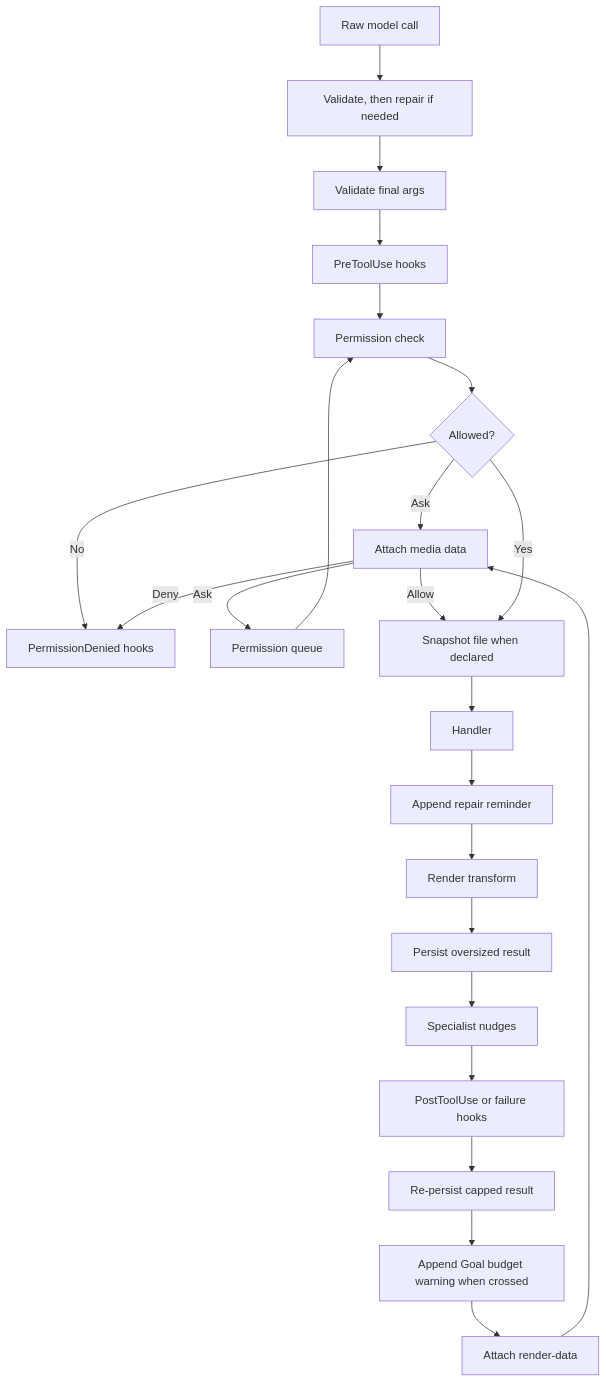
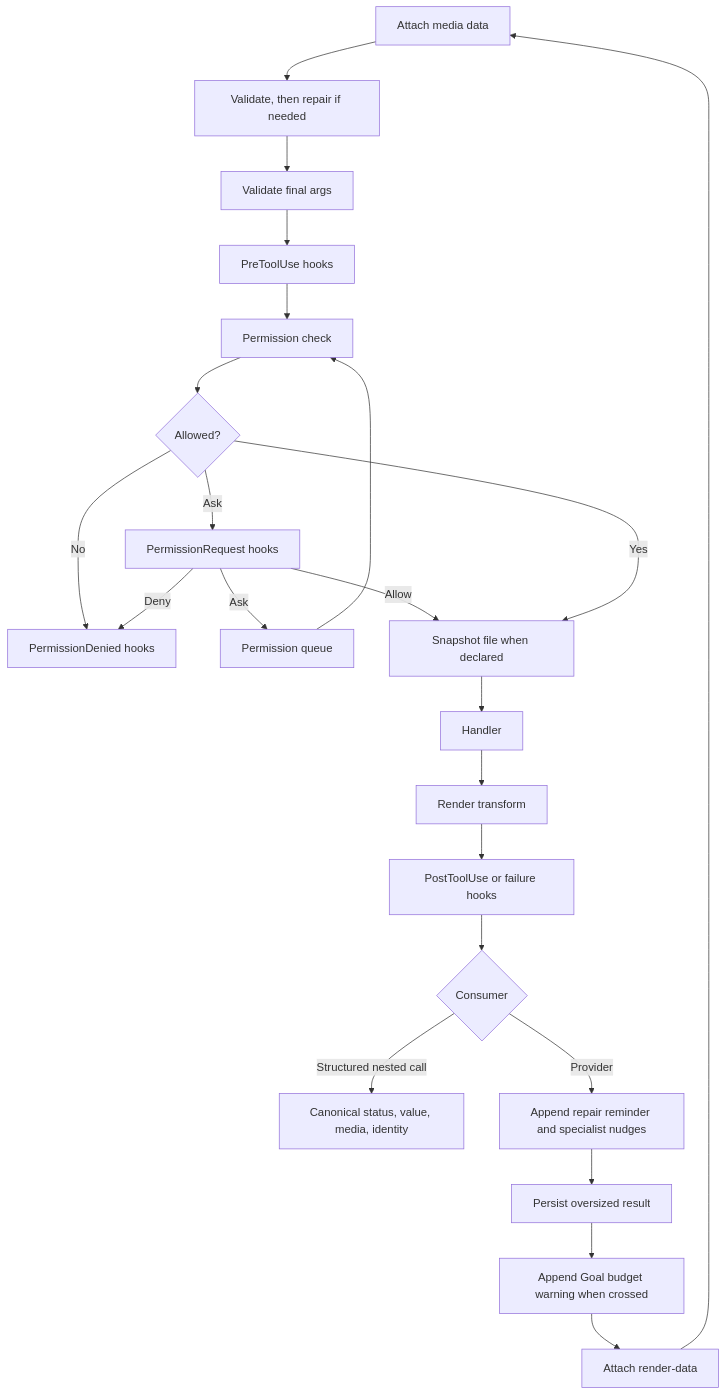
One commit to FrauH0lle/mevedel changed the diagram in docs/tools.md. Above: the diagram before and after it, drawn with Mermaid. The commit also changed other lines of this file and 80 other files, not shown here.

````diff
--- a/docs/tools.md
+++ b/docs/tools.md
@@ -7,25 +9,25 @@
 ```mermaid
 flowchart TD
     R[Raw model call] --> S[Validate, then repair if needed]
     S --> A[Validate final args]
     A --> B[PreToolUse hooks]
     B --> C[Permission check]
     C --> D{Allowed?}
     D -- No --> E[PermissionDenied hooks]
     D -- Ask --> Q[PermissionRequest hooks]
     Q -- Ask --> F[Permission queue]
     Q -- Deny --> E
     Q -- Allow --> G
     F --> C
     D -- Yes --> G[Snapshot file when declared]
     G --> H[Handler]
-    H --> I[Append repair reminder]
-    I --> J[Render transform]
-    J --> K[Persist oversized result]
-    K --> L[Specialist nudges]
-    L --> M[PostToolUse or failure hooks]
-    M --> N[Re-persist capped result]
+    H --> I[Render transform]
+    I --> J[PostToolUse or failure hooks]
+    J --> K{Consumer}
+    K -- Structured nested call --> L[Canonical status, value, media, identity]
+    K -- Provider --> M[Append repair reminder and specialist nudges]
+    M --> N[Persist oversized result]
     N --> O[Append Goal budget warning when crossed]
     O --> P[Attach render-data]
-    P --> Q[Attach media data]
+    P --> R[Attach media data]
 ```
````
